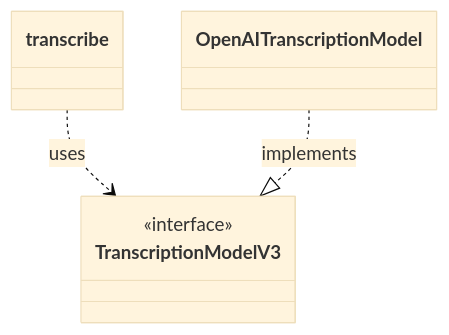
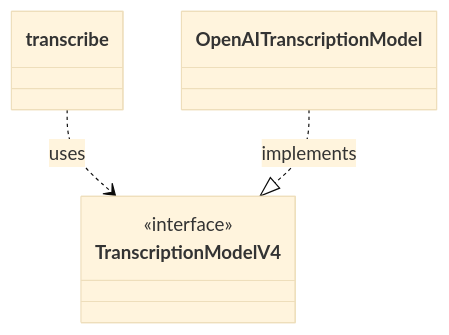
One commit to vercel/ai changed the sixth of 8 diagrams in architecture/provider-abstraction.md. Above: the diagram before and after it, drawn with Mermaid (base theme). The commit also changed other lines of this file and 30 other files, not shown here.

````diff
--- a/architecture/provider-abstraction.md
+++ b/architecture/provider-abstraction.md
@@ -139,11 +139,11 @@
 ```mermaid
 classDiagram
     class transcribe
-    class TranscriptionModelV3 {
+    class TranscriptionModelV4 {
       <<interface>>
     }
     class OpenAITranscriptionModel
 
-    transcribe ..> TranscriptionModelV3 : uses
-    OpenAITranscriptionModel ..|> TranscriptionModelV3 : implements
+    transcribe ..> TranscriptionModelV4 : uses
+    OpenAITranscriptionModel ..|> TranscriptionModelV4 : implements
 ```
````
